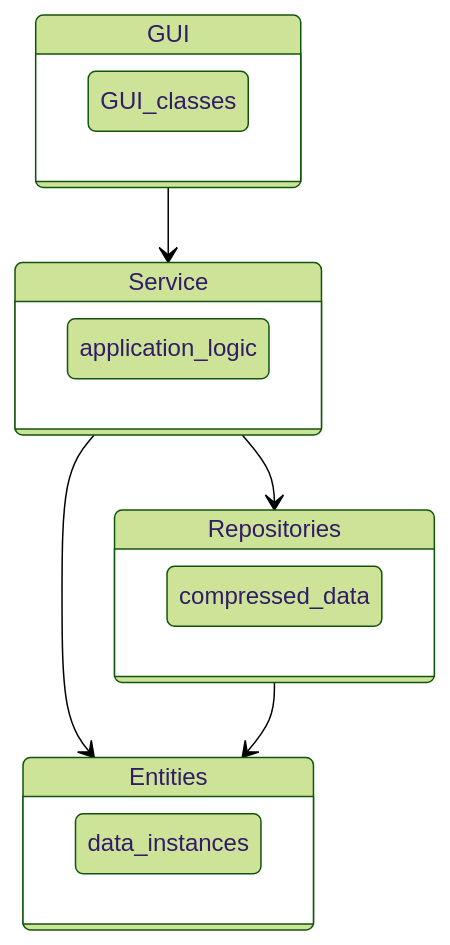
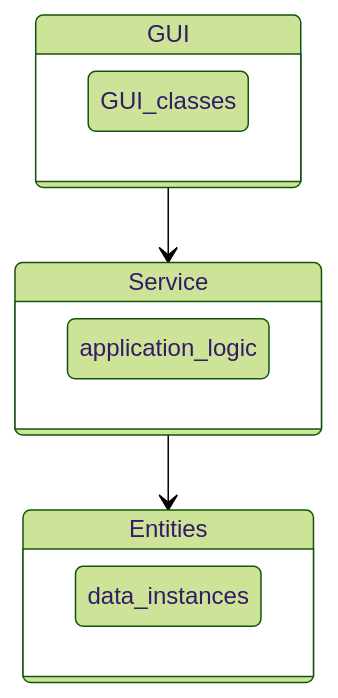
The diagram in documentation/architecture.md (heidi-holappa/tira-labra-2022), drawn with Mermaid (forest theme) before and after one commit. The commit also changed other lines of this file, not shown here.

Commit message:
Update architecture

````diff
--- a/documentation/architecture.md
+++ b/documentation/architecture.md
@@ -13,20 +26,15 @@
 ```mermaid
     stateDiagram
-    state Repositories {
-        compressed_data
-    }
     state Service {
         application_logic
     }
     state GUI {
         GUI_classes
     }
     state Entities {
         data_instances
     }
 
     GUI --> Service
-    Service --> Repositories
     Service --> Entities
-    Repositories --> Entities
 ```
````
